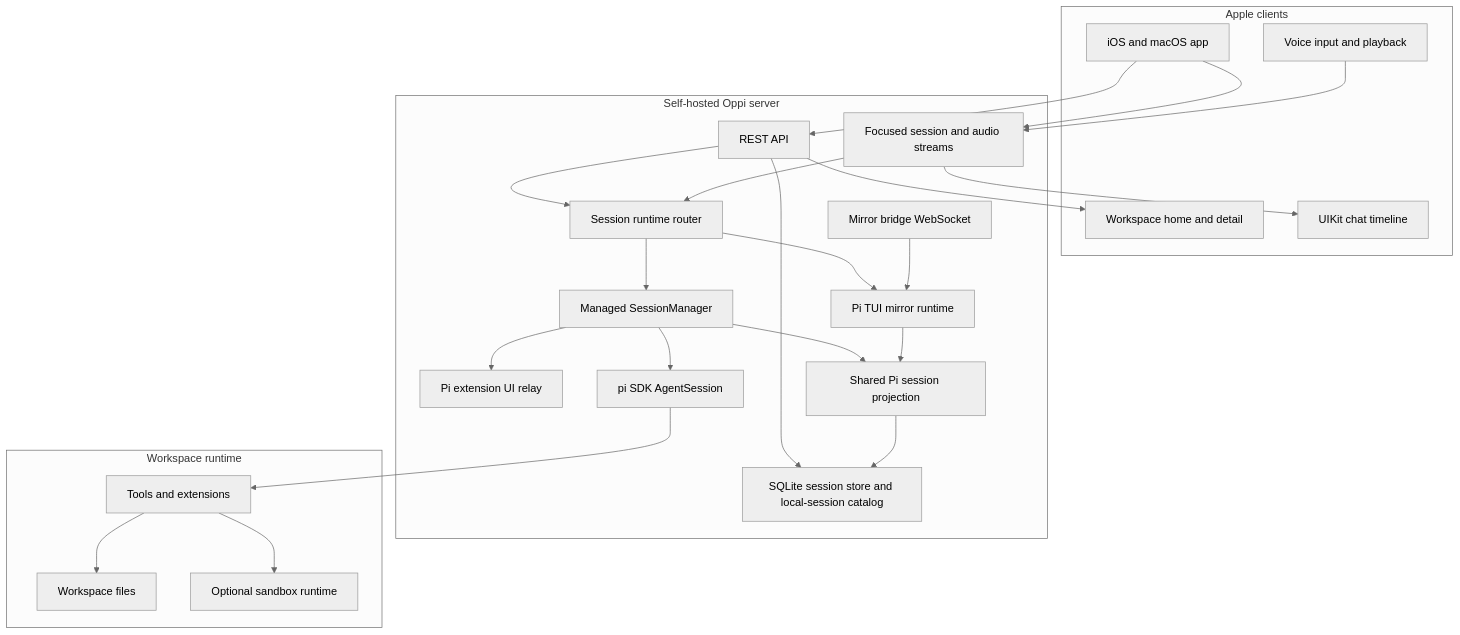
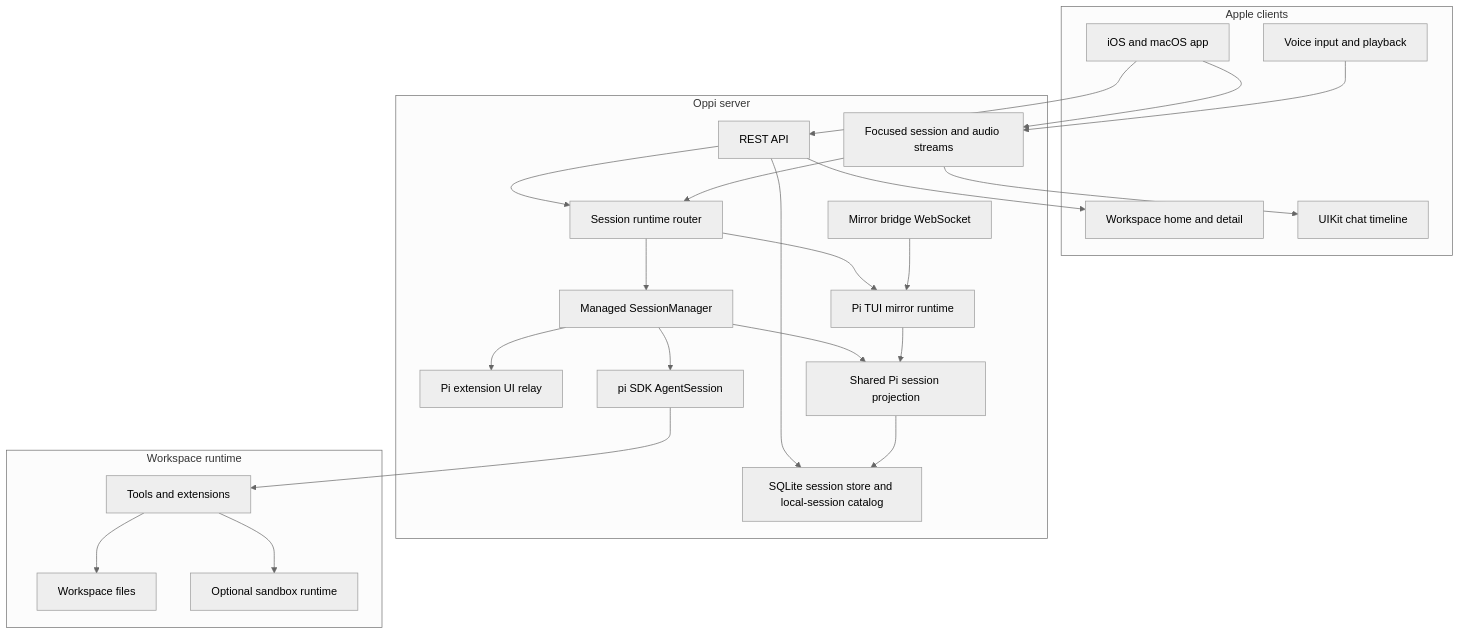
One commit to duh17/oppi changed the first of 7 diagrams in docs/architecture.md. Above: the diagram before and after it, drawn with Mermaid (neutral theme). The commit also changed other lines of this file, not shown here.

Commit message:
docs: refresh architecture overview

````diff
--- a/docs/architecture.md
+++ b/docs/architecture.md
@@ -13,48 +13,48 @@
 ```mermaid
 graph TD
   subgraph Apple[Apple clients]
     App[iOS and macOS app]
     WorkspaceUI[Workspace home and detail]
     Timeline[UIKit chat timeline]
     Voice[Voice input and playback]
   end
 
-  subgraph Server[Self-hosted Oppi server]
+  subgraph Server[Oppi server]
     HTTP[REST API]
     Streams[Focused session and audio streams]
     Router[Session runtime router]
     Sessions[Managed SessionManager]
     Mirror[Pi TUI mirror runtime]
     Bridge[Mirror bridge WebSocket]
     ExtensionUI[Pi extension UI relay]
     Storage[SQLite session store and local-session catalog]
     Project[Shared Pi session projection]
     Pi[pi SDK AgentSession]
   end
 
   subgraph Workspace[Workspace runtime]
     Files[Workspace files]
     Tools[Tools and extensions]
     Sandbox[Optional sandbox runtime]
   end
 
   App --> HTTP
   App --> Streams
   HTTP --> Router
   HTTP --> Storage
   Streams --> Router
   Router --> Sessions
   Router --> Mirror
   Bridge --> Mirror
   Sessions --> ExtensionUI
   Sessions --> Pi
   Sessions --> Project
   Mirror --> Project
   Pi --> Tools
   Tools --> Files
   Project --> Storage
   Tools --> Sandbox
   HTTP --> WorkspaceUI
   Streams --> Timeline
   Voice --> Streams
 ```
````
